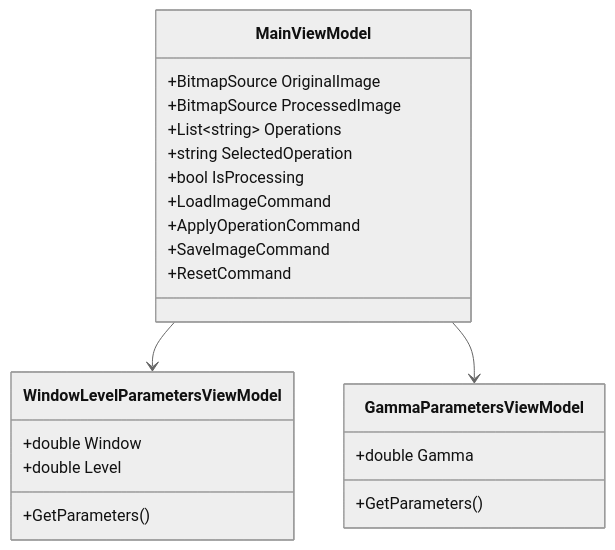
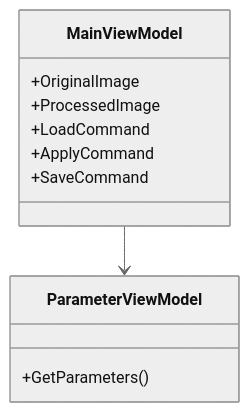
One commit to Anoopa-kedila/ImageReviewer changed the third of 10 diagrams in ARCHITECTURE.md. Above: the diagram before and after it, drawn with Mermaid (neutral theme). The commit also changed other lines of this file, not shown here.

First line of the commit message:
Simplify diagrams to look more human-made

````diff
--- a/ARCHITECTURE.md
+++ b/ARCHITECTURE.md
@@ -120,28 +108,16 @@
 ```mermaid
 classDiagram
     class MainViewModel {
-        +BitmapSource OriginalImage
-        +BitmapSource ProcessedImage
-        +List~string~ Operations
-        +string SelectedOperation
-        +bool IsProcessing
-        +LoadImageCommand
-        +ApplyOperationCommand
-        +SaveImageCommand
-        +ResetCommand
+        +OriginalImage
+        +ProcessedImage
+        +LoadCommand
+        +ApplyCommand
+        +SaveCommand
     }
 
-    class WindowLevelParametersViewModel {
-        +double Window
-        +double Level
+    class ParameterViewModel {
         +GetParameters()
     }
 
-    class GammaParametersViewModel {
-        +double Gamma
-        +GetParameters()
-    }
-
-    MainViewModel --> WindowLevelParametersViewModel
-    MainViewModel --> GammaParametersViewModel
+    MainViewModel --> ParameterViewModel
 ```
````
